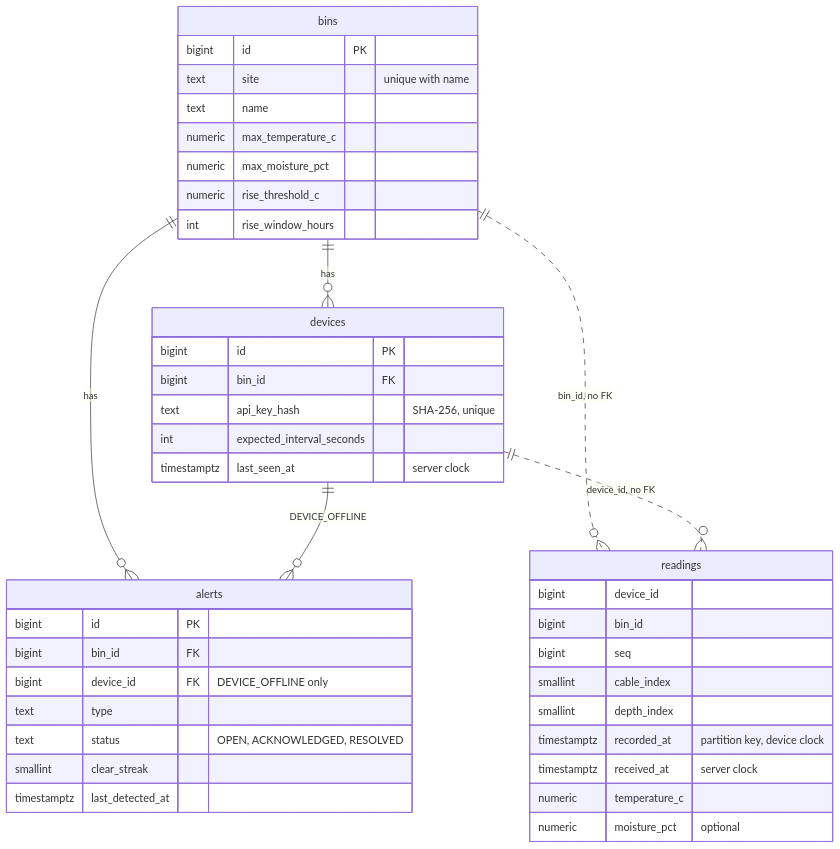
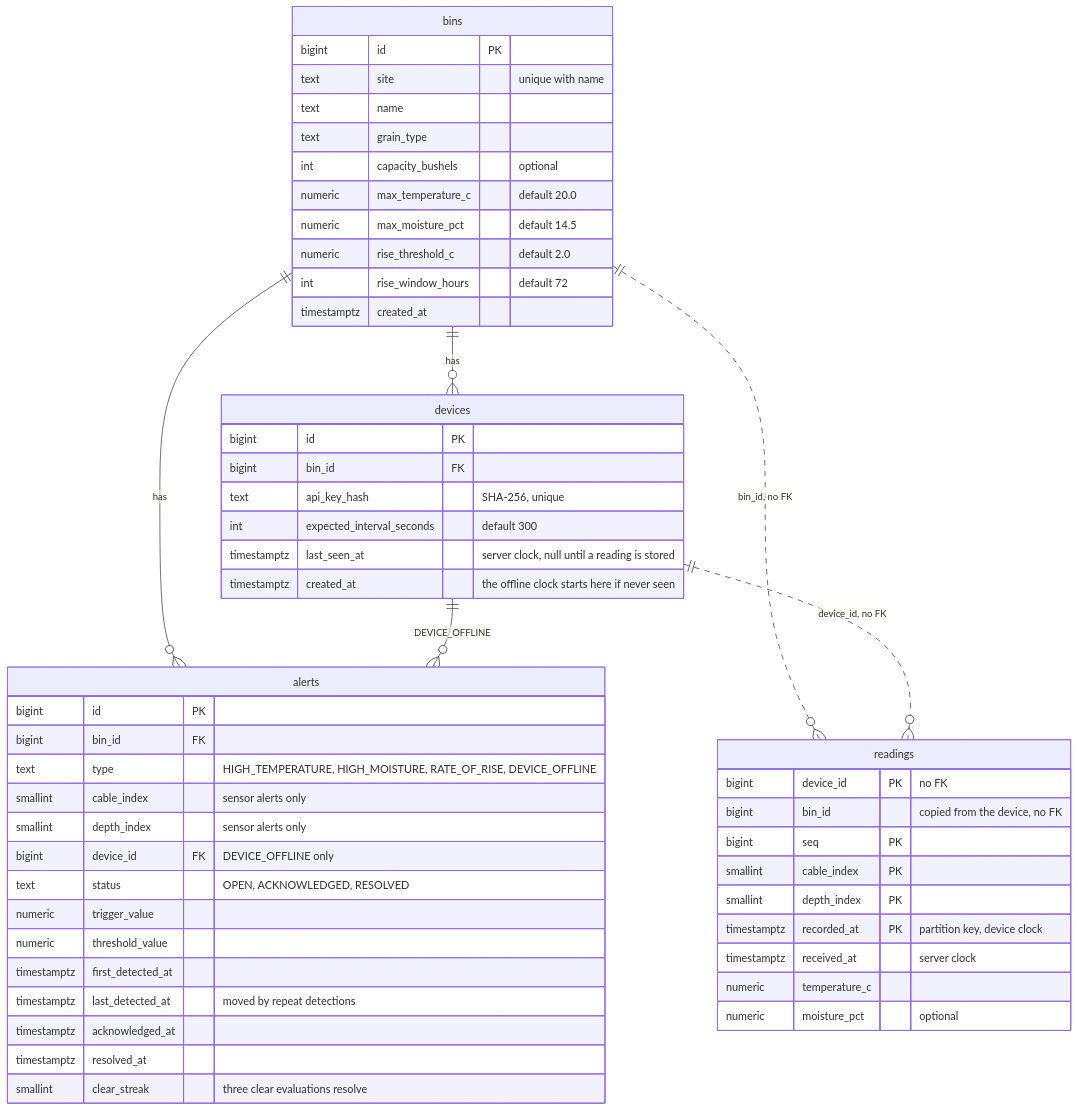
The third of 3 diagrams in docs/architecture.md (Bacchetto/grain-bin-monitoring), drawn with Mermaid before and after one commit. The commit also changed other lines of this file, not shown here.

First line of the commit message:
docs: fill the gaps in the architecture diagrams

````diff
--- a/docs/architecture.md
+++ b/docs/architecture.md
@@ -200,45 +214,56 @@
 ```mermaid
 erDiagram
     bins ||--o{ devices : "has"
     bins ||--o{ alerts : "has"
     devices ||--o{ alerts : "DEVICE_OFFLINE"
     bins ||..o{ readings : "bin_id, no FK"
     devices ||..o{ readings : "device_id, no FK"
 
     bins {
         bigint id PK
         text site "unique with name"
         text name
-        numeric max_temperature_c
-        numeric max_moisture_pct
-        numeric rise_threshold_c
-        int rise_window_hours
+        text grain_type
+        int capacity_bushels "optional"
+        numeric max_temperature_c "default 20.0"
+        numeric max_moisture_pct "default 14.5"
+        numeric rise_threshold_c "default 2.0"
+        int rise_window_hours "default 72"
+        timestamptz created_at
     }
     devices {
         bigint id PK
         bigint bin_id FK
         text api_key_hash "SHA-256, unique"
-        int expected_interval_seconds
-        timestamptz last_seen_at "server clock"
+        int expected_interval_seconds "default 300"
+        timestamptz last_seen_at "server clock, null until a reading is stored"
+        timestamptz created_at "the offline clock starts here if never seen"
     }
     readings {
-        bigint device_id
-        bigint bin_id
-        bigint seq
-        smallint cable_index
-        smallint depth_index
-        timestamptz recorded_at "partition key, device clock"
+        bigint device_id PK "no FK"
+        bigint bin_id "copied from the device, no FK"
+        bigint seq PK
+        smallint cable_index PK
+        smallint depth_index PK
+        timestamptz recorded_at PK "partition key, device clock"
         timestamptz received_at "server clock"
         numeric temperature_c
         numeric moisture_pct "optional"
     }
     alerts {
         bigint id PK
         bigint bin_id FK
+        text type "HIGH_TEMPERATURE, HIGH_MOISTURE, RATE_OF_RISE, DEVICE_OFFLINE"
+        smallint cable_index "sensor alerts only"
+        smallint depth_index "sensor alerts only"
         bigint device_id FK "DEVICE_OFFLINE only"
-        text type
         text status "OPEN, ACKNOWLEDGED, RESOLVED"
-        smallint clear_streak
-        timestamptz last_detected_at
+        numeric trigger_value
+        numeric threshold_value
+        timestamptz first_detected_at
+        timestamptz last_detected_at "moved by repeat detections"
+        timestamptz acknowledged_at
+        timestamptz resolved_at
+        smallint clear_streak "three clear evaluations resolve"
     }
 ```
````
